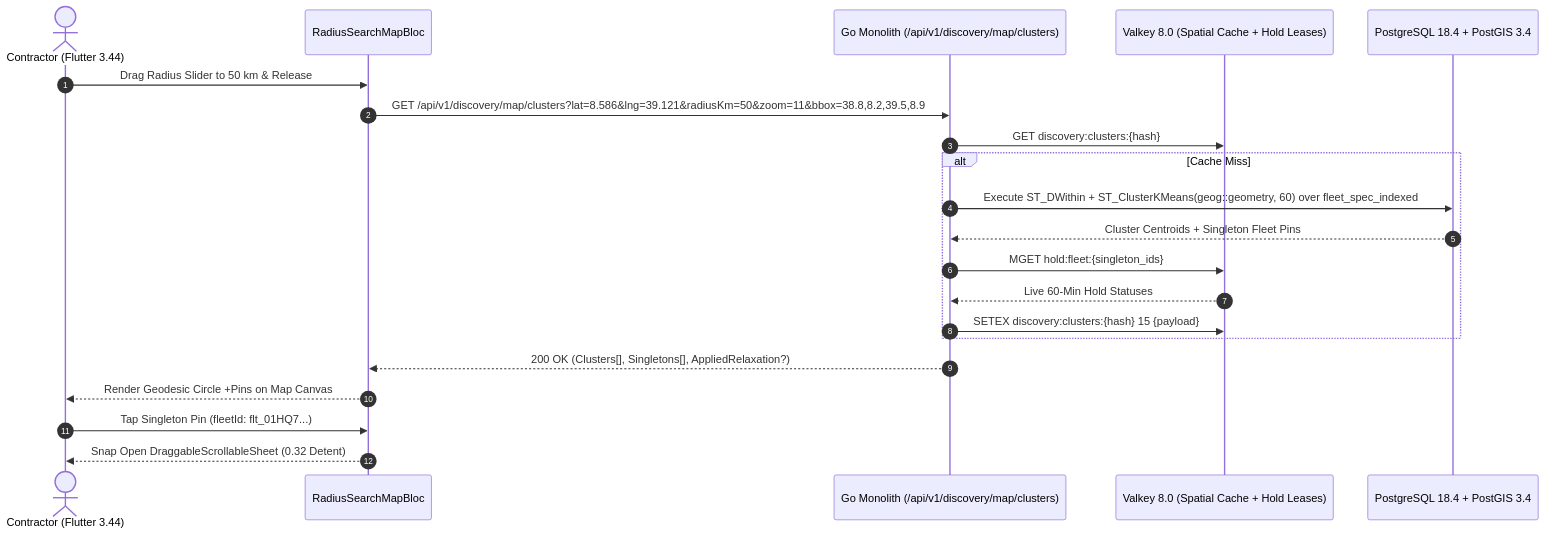
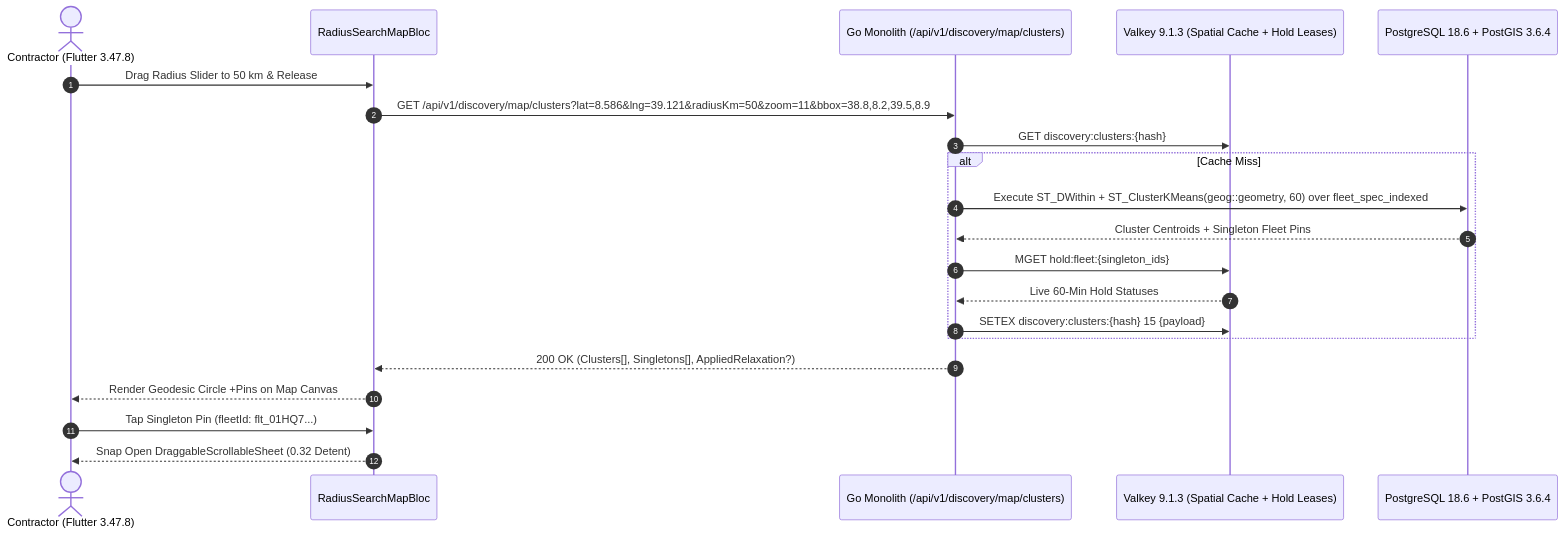
The second of 2 diagrams in docs/mobile/renter-experience/02-postgis-radius-search-map.md (YDink/Heavy-Machinery-Logistics-Rental), drawn with Mermaid before and after one commit. The commit also changed other lines of this file and 212 other files, not shown here.

````diff
--- a/docs/mobile/renter-experience/02-postgis-radius-search-map.md
+++ b/docs/mobile/renter-experience/02-postgis-radius-search-map.md
@@ -108,24 +108,24 @@
 ```mermaid
 sequenceDiagram
     autonumber
-    actor Renter as Contractor (Flutter 3.44)
+    actor Renter as Contractor (Flutter 3.47.8)
     participant MapBloc as RadiusSearchMapBloc
     participant API as Go Monolith (/api/v1/discovery/map/clusters)
-    participant Valkey as Valkey 8.0 (Spatial Cache + Hold Leases)
-    participant PG as PostgreSQL 18.4 + PostGIS 3.4
+    participant Valkey as Valkey 9.1.3 (Spatial Cache + Hold Leases)
+    participant PG as PostgreSQL 18.6 + PostGIS 3.6.4
 
     Renter->>MapBloc: Drag Radius Slider to 50 km & Release
     MapBloc->>API: GET /api/v1/discovery/map/clusters?lat=8.586&lng=39.121&radiusKm=50&zoom=11&bbox=38.8,8.2,39.5,8.9
     API->>Valkey: GET discovery:clusters:{hash}
     alt Cache Miss
         API->>PG: Execute ST_DWithin + ST_ClusterKMeans(geog::geometry, 60) over fleet_spec_indexed
         PG-->>API: Cluster Centroids + Singleton Fleet Pins
         API->>Valkey: MGET hold:fleet:{singleton_ids}
         Valkey-->>API: Live 60-Min Hold Statuses
         API->>Valkey: SETEX discovery:clusters:{hash} 15 {payload}
     end
     API-->>MapBloc: 200 OK (Clusters[], Singletons[], AppliedRelaxation?)
     MapBloc-->>Renter: Render Geodesic Circle +Pins on Map Canvas
     Renter->>MapBloc: Tap Singleton Pin (fleetId: flt_01HQ7...)
     MapBloc-->>Renter: Snap Open DraggableScrollableSheet (0.32 Detent)
 ```
````
